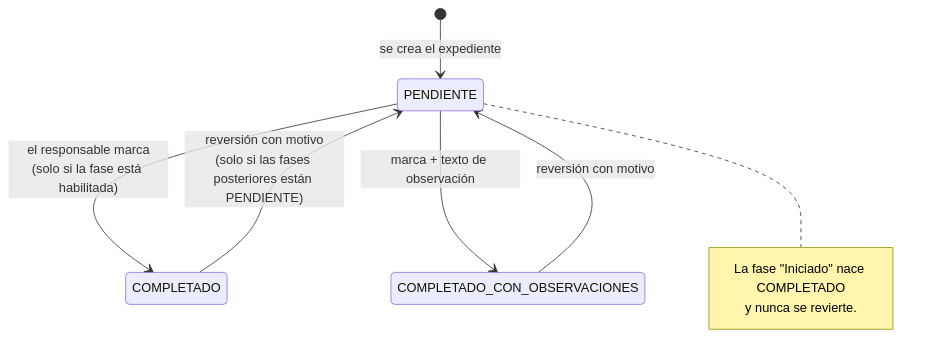
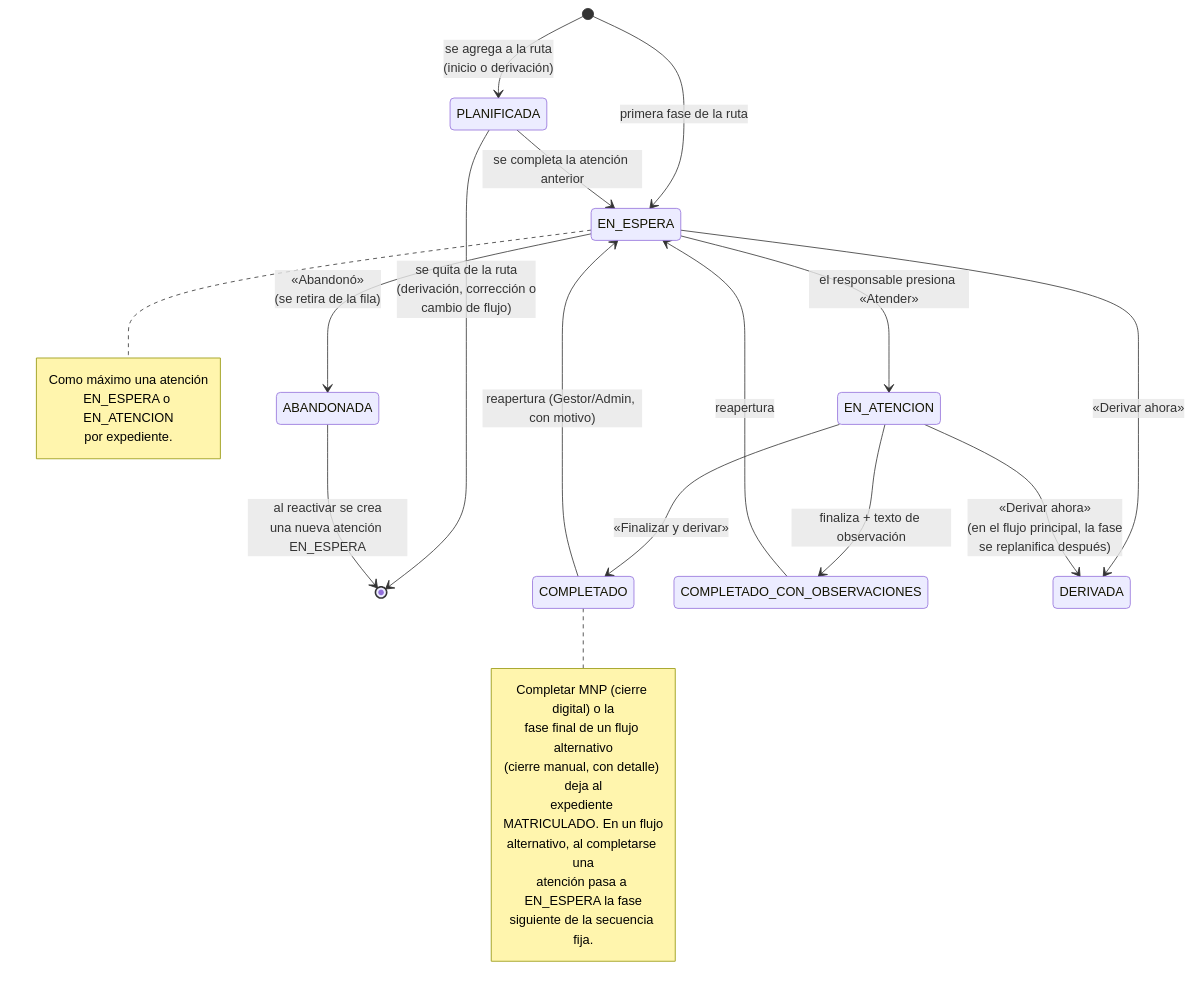
One commit to eduardosanmartin/workflow changed the fourth of 5 diagrams in SPEC.md. Above: the diagram before and after it, drawn with Mermaid. The commit also changed other lines of this file and 14 other files, not shown here.

````diff
--- a/SPEC.md
+++ b/SPEC.md
@@ -654,12 +931,30 @@
 ```mermaid
 stateDiagram-v2
-    [*] --> PENDIENTE : se crea el expediente
-    PENDIENTE --> COMPLETADO : el responsable marca<br/>(solo si la fase está habilitada)
-    PENDIENTE --> COMPLETADO_CON_OBSERVACIONES : marca + texto de observación
-    COMPLETADO --> PENDIENTE : reversión con motivo<br/>(solo si las fases posteriores están PENDIENTE)
-    COMPLETADO_CON_OBSERVACIONES --> PENDIENTE : reversión con motivo
-    note right of PENDIENTE
-        La fase "Iniciado" nace COMPLETADO
-        y nunca se revierte.
+    [*] --> PLANIFICADA : se agrega a la ruta<br/>(inicio o derivación)
+    [*] --> EN_ESPERA : primera fase de la ruta
+    PLANIFICADA --> EN_ESPERA : se completa la atención anterior
+    PLANIFICADA --> [*] : se quita de la ruta<br/>(derivación, corrección o<br/>cambio de flujo)
+    EN_ESPERA --> EN_ATENCION : el responsable presiona «Atender»
+    EN_ATENCION --> COMPLETADO : «Finalizar y derivar»
+    EN_ATENCION --> COMPLETADO_CON_OBSERVACIONES : finaliza + texto de observación
+    EN_ESPERA --> DERIVADA : «Derivar ahora»
+    EN_ATENCION --> DERIVADA : «Derivar ahora»<br/>(en el flujo principal, la fase<br/>se replanifica después)
+    EN_ESPERA --> ABANDONADA : «Abandonó»<br/>(se retira de la fila)
+    ABANDONADA --> [*] : al reactivar se crea<br/>una nueva atención EN_ESPERA
+    COMPLETADO --> EN_ESPERA : reapertura (Gestor/Admin, con motivo)
+    COMPLETADO_CON_OBSERVACIONES --> EN_ESPERA : reapertura
+    note right of EN_ESPERA
+        Como máximo una atención
+        EN_ESPERA o EN_ATENCION
+        por expediente.
+    end note
+    note right of COMPLETADO
+        Completar MNP (cierre digital) o la
+        fase final de un flujo alternativo
+        (cierre manual, con detalle) deja al
+        expediente MATRICULADO. En un flujo
+        alternativo, al completarse una
+        atención pasa a EN_ESPERA la fase
+        siguiente de la secuencia fija.
     end note
 ```
````
